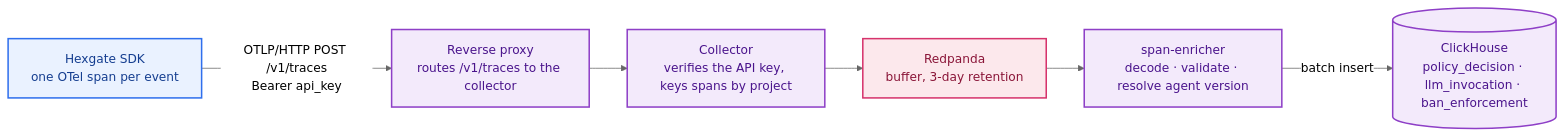
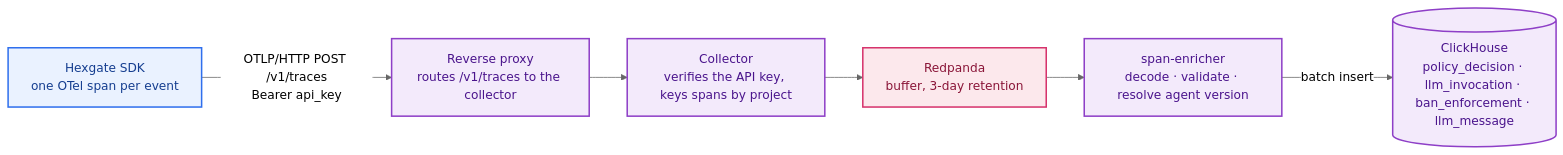
Before and after one commit to HexamindOrganisation/hexgate: the diagram in docs/platform/audit-clickhouse.mdx, drawn with Mermaid (neutral theme). The commit also changed 14 other files, not shown here.

First line of the commit message:
feat(platform-api): store llm_message rows from the enricher (#188)

````diff
--- a/docs/platform/audit-clickhouse.mdx
+++ b/docs/platform/audit-clickhouse.mdx
@@ -41,15 +41,15 @@
 ```mermaid
 flowchart LR
   classDef sdkBox fill:#EAF2FF,stroke:#2F6FED,stroke-width:2px,color:#153E90
   classDef hexBox fill:#F3EAFB,stroke:#8E3FC7,stroke-width:2px,color:#4A148C
   classDef redpandaBox fill:#FCE8EC,stroke:#D6336C,stroke-width:2px,color:#8A1538
 
   B["Hexgate SDK<br/>one OTel span per event"]:::sdkBox
   P["Reverse proxy<br/>routes /v1/traces to the collector"]:::hexBox
   C["Collector<br/>verifies the API key, keys spans by project"]:::hexBox
   K["Redpanda<br/>buffer, 3-day retention"]:::redpandaBox
   E["span-enricher<br/>decode · validate · resolve agent version"]:::hexBox
-  CH[("ClickHouse<br/>policy_decision · llm_invocation · ban_enforcement")]:::hexBox
+  CH[("ClickHouse<br/>policy_decision · llm_invocation · ban_enforcement · llm_message")]:::hexBox
 
   B -->|"OTLP/HTTP POST /v1/traces<br/>Bearer api_key"| P --> C --> K --> E -->|"batch insert"| CH
 ```
````
